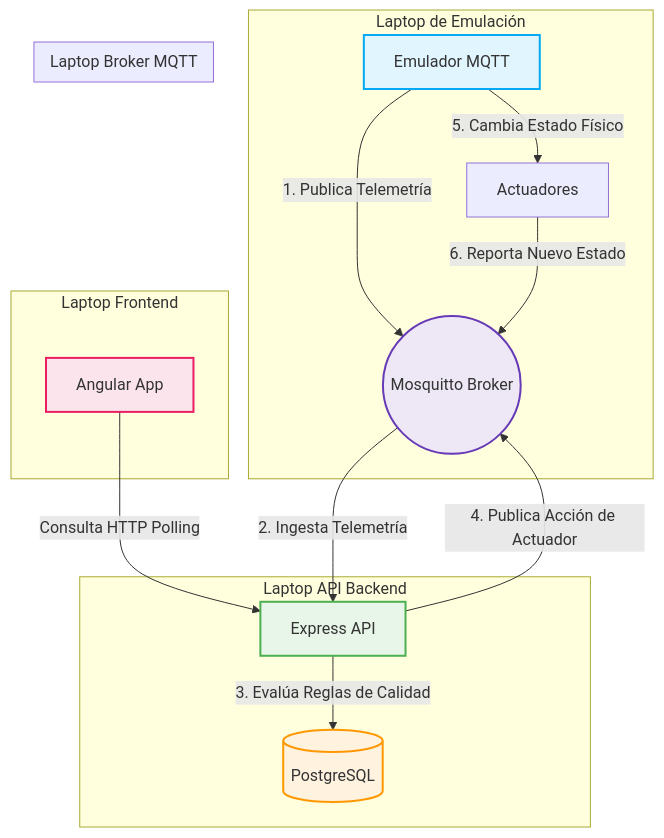
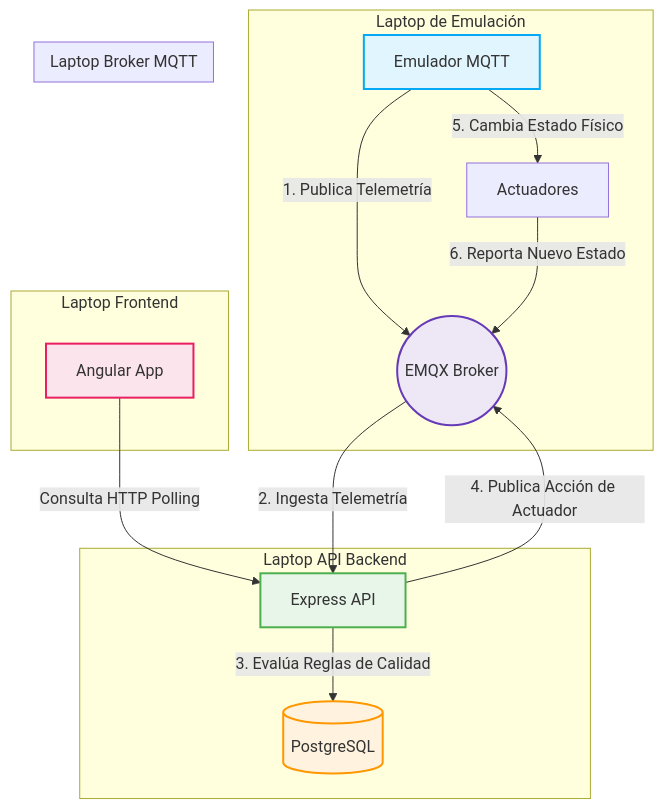
Before and after one commit to JeshuaBenitez/SafeAir: the diagram in README.md, drawn with Mermaid. The commit also changed other lines of this file and 6 other files, not shown here.

First line of the commit message:
fix(mqtt): migrate from Mosquitto to EMQX, update documentation

````diff
--- a/README.md
+++ b/README.md
@@ -15,28 +15,28 @@
 ```mermaid
 graph TD
     subgraph Emulador [Laptop de Emulación]
         E[Emulador MQTT] -->|1. Publica Telemetría| M_Broker
         E -->|5. Cambia Estado Físico| A[Actuadores]
         A -->|6. Reporta Nuevo Estado| M_Broker
     end
 
     subgraph Broker [Laptop Broker MQTT]
-        M_Broker((Mosquitto Broker))
+        M_Broker((EMQX Broker))
     end
 
     subgraph Backend [Laptop API Backend]
         M_Broker -->|2. Ingesta Telemetría| API[Express API]
         API -->|3. Evalúa Reglas de Calidad| DB[(PostgreSQL)]
         API -->|4. Publica Acción de Actuador| M_Broker
     end
 
     subgraph UI [Laptop Frontend]
         FE[Angular App] -->|Consulta HTTP Polling| API
     end
     
     style E fill:#e1f5fe,stroke:#03a9f4,stroke-width:2px
     style M_Broker fill:#ede7f6,stroke:#673ab7,stroke-width:2px
     style API fill:#e8f5e9,stroke:#4caf50,stroke-width:2px
     style DB fill:#fff3e0,stroke:#ff9800,stroke-width:2px
     style FE fill:#fce4ec,stroke:#e91e63,stroke-width:2px
 ```
````
